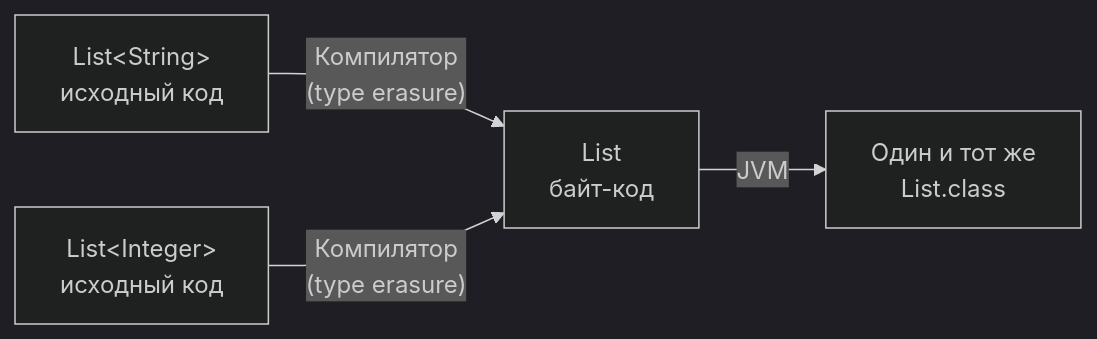
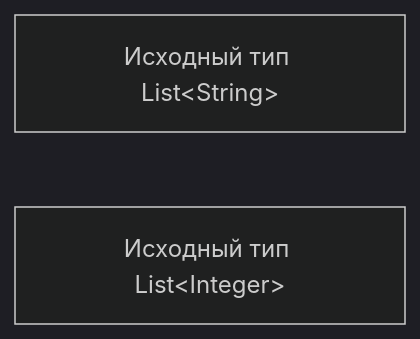
One commit to akeverus/cheat-sheet changed the first of 4 diagrams in cheatsheets/interview/programming-languages/java/java-generics-interview.md. Above: the diagram before and after it, drawn with Mermaid (dark theme). The commit also changed other lines of this file and 11 other files, not shown here.

````diff
--- a/cheatsheets/interview/programming-languages/java/java-generics-interview.md
+++ b/cheatsheets/interview/programming-languages/java/java-generics-interview.md
@@ -245,6 +241,5 @@
 ```mermaid
 graph LR
-    A["List&lt;String&gt;<br/>исходный код"] -->|"Компилятор<br/>(type erasure)"| B["List<br/>байт-код"]
-    C["List&lt;Integer&gt;<br/>исходный код"] -->|"Компилятор<br/>(type erasure)"| B
-    B -->|"JVM"| D["Один и тот же<br/>List.class"]
+    A["Исходный тип List&lt;String&gt;"]
+    B["Исходный тип List&lt;Integer&gt;"]
 ```
````
